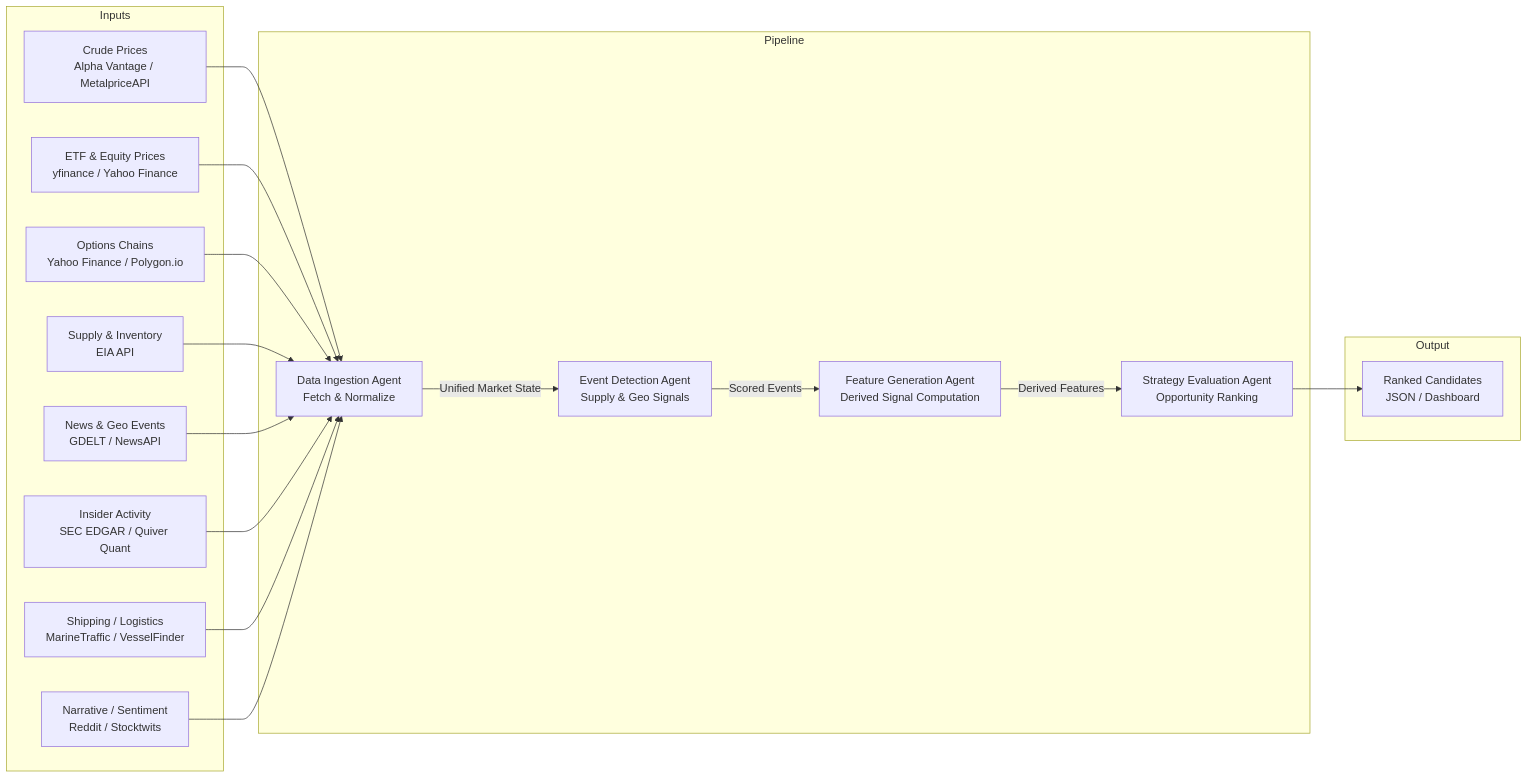
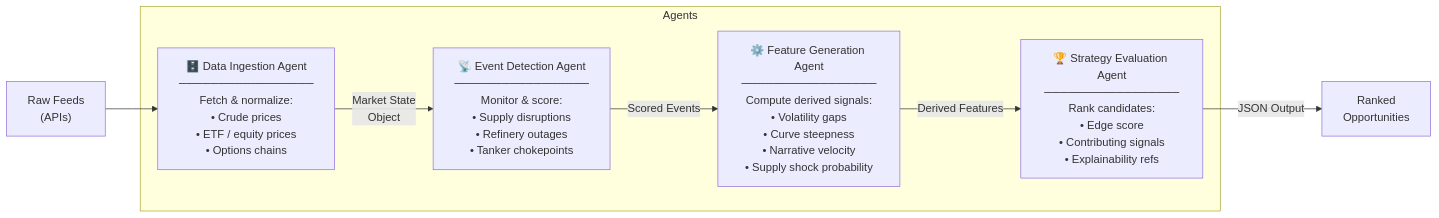
The first of 2 diagrams in docs/generated/user_guide_full-pipeline.md (jeisenback/golden_boy_peanuts), drawn with Mermaid before and after one commit. The commit also changed other lines of this file, not shown here.

````diff
--- a/docs/generated/user_guide_full-pipeline.md
+++ b/docs/generated/user_guide_full-pipeline.md
@@ -25,30 +25,15 @@
 ```mermaid
 flowchart LR
-    subgraph Inputs
-        A1[Crude Prices\nAlpha Vantage / MetalpriceAPI]
-        A2[ETF & Equity Prices\nyfinance / Yahoo Finance]
-        A3[Options Chains\nYahoo Finance / Polygon.io]
-        A4[Supply & Inventory\nEIA API]
-        A5[News & Geo Events\nGDELT / NewsAPI]
-        A6[Insider Activity\nSEC EDGAR / Quiver Quant]
-        A7[Shipping / Logistics\nMarineTraffic / VesselFinder]
-        A8[Narrative / Sentiment\nReddit / Stocktwits]
+    subgraph Agents
+        A["🗄️ Data Ingestion Agent\n─────────────────\nFetch & normalize:\n• Crude prices\n• ETF / equity prices\n• Options chains"]
+        B["📡 Event Detection Agent\n─────────────────\nMonitor & score:\n• Supply disruptions\n• Refinery outages\n• Tanker chokepoints"]
+        C["⚙️ Feature Generation Agent\n─────────────────\nCompute derived signals:\n• Volatility gaps\n• Curve steepness\n• Narrative velocity\n• Supply shock probability"]
+        D["🏆 Strategy Evaluation Agent\n─────────────────\nRank candidates:\n• Edge score\n• Contributing signals\n• Explainability refs"]
     end
 
-    subgraph Pipeline
-        B[Data Ingestion Agent\nFetch & Normalize]
-        C[Event Detection Agent\nSupply & Geo Signals]
-        D[Feature Generation Agent\nDerived Signal Computation]
-        E[Strategy Evaluation Agent\nOpportunity Ranking]
-    end
-
-    subgraph Output
-        F[Ranked Candidates\nJSON / Dashboard]
-    end
-
-    A1 & A2 & A3 & A4 & A5 & A6 & A7 & A8 --> B
-    B -->|Unified Market State| C
-    C -->|Scored Events| D
-    D -->|Derived Features| E
-    E --> F
+    RAW["Raw Feeds\n(APIs)"] --> A
+    A -->|"Market State\nObject"| B
+    B -->|"Scored Events"| C
+    C -->|"Derived Features"| D
+    D -->|"JSON Output"| OUT["Ranked\nOpportunities"]
 ```
````
